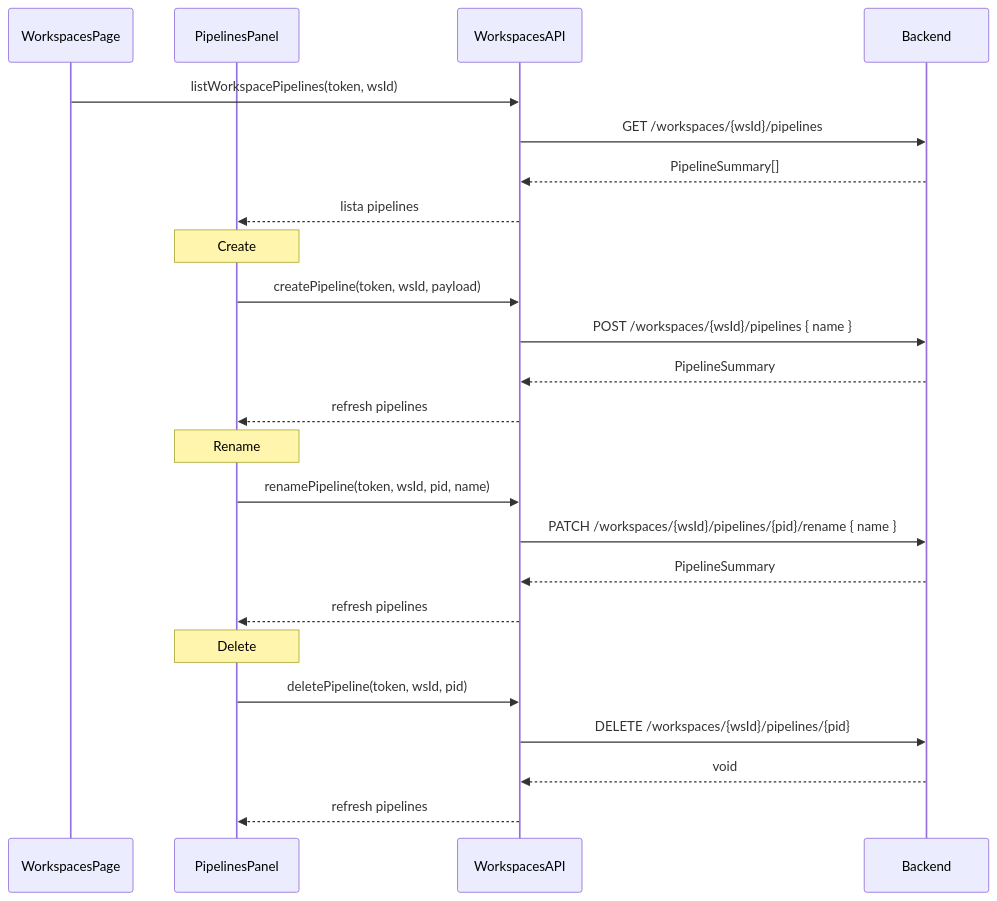
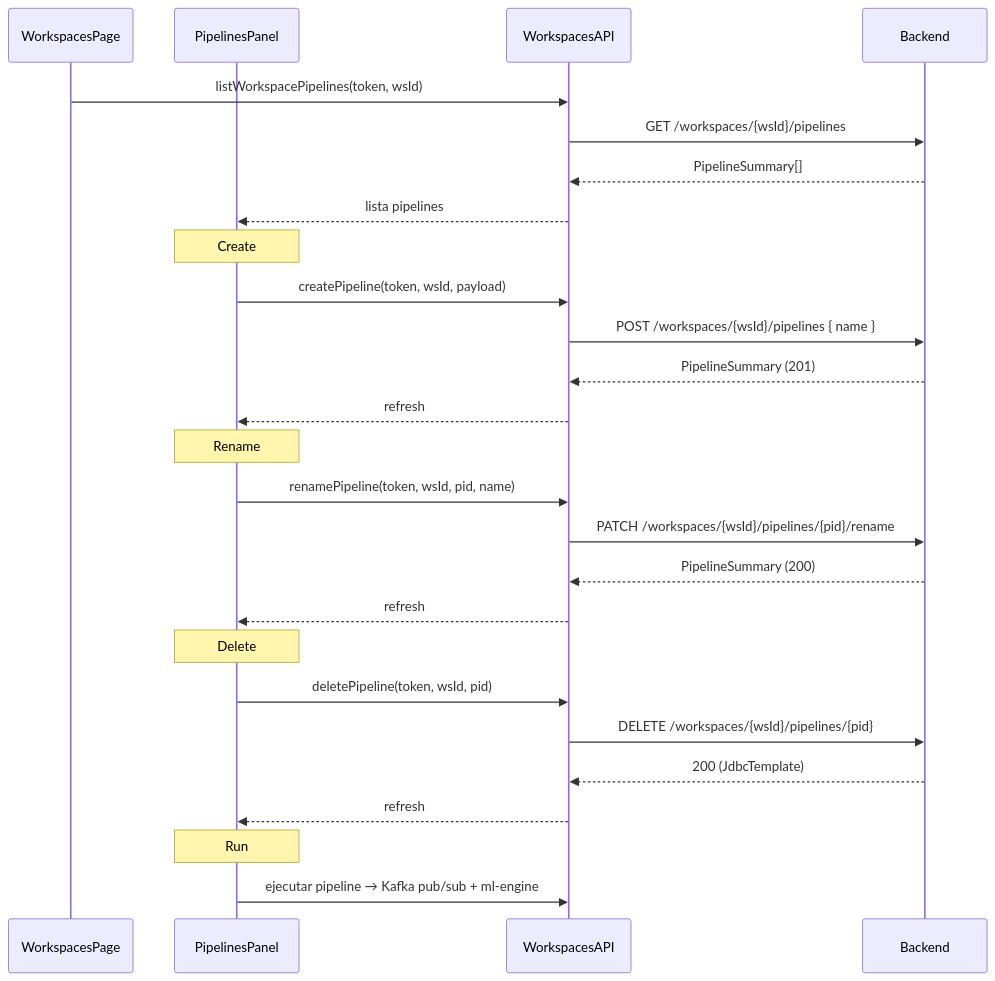
Before and after one commit to Tunkifloo/SynapseOps-platform: the eighth of 12 diagrams in frontend/MOCKUP.md, drawn with Mermaid. The commit also changed other lines of this file, not shown here.

Commit message:
docs(MOCKUP): update with Sprint 1 final state — all endpoints, flows, restructured frontend, Docker stack, bug status

````diff
--- a/frontend/MOCKUP.md
+++ b/frontend/MOCKUP.md
@@ -219,30 +362,33 @@
 ```mermaid
 sequenceDiagram
     participant P as WorkspacesPage
     participant L as PipelinesPanel
     participant A as WorkspacesAPI
     participant B as Backend
 
     P->>A: listWorkspacePipelines(token, wsId)
     A->>B: GET /workspaces/{wsId}/pipelines
     B-->>A: PipelineSummary[]
     A-->>L: lista pipelines
 
     Note over L: Create
     L->>A: createPipeline(token, wsId, payload)
     A->>B: POST /workspaces/{wsId}/pipelines { name }
-    B-->>A: PipelineSummary
-    A-->>L: refresh pipelines
+    B-->>A: PipelineSummary (201)
+    A-->>L: refresh
 
     Note over L: Rename
     L->>A: renamePipeline(token, wsId, pid, name)
-    A->>B: PATCH /workspaces/{wsId}/pipelines/{pid}/rename { name }
-    B-->>A: PipelineSummary
-    A-->>L: refresh pipelines
+    A->>B: PATCH /workspaces/{wsId}/pipelines/{pid}/rename
+    B-->>A: PipelineSummary (200)
+    A-->>L: refresh
 
     Note over L: Delete
     L->>A: deletePipeline(token, wsId, pid)
     A->>B: DELETE /workspaces/{wsId}/pipelines/{pid}
-    B-->>A: void
-    A-->>L: refresh pipelines
+    B-->>A: 200 (JdbcTemplate)
+    A-->>L: refresh
+
+    Note over L: Run
+    L->>A: ejecutar pipeline → Kafka pub/sub + ml-engine
 ```
````
